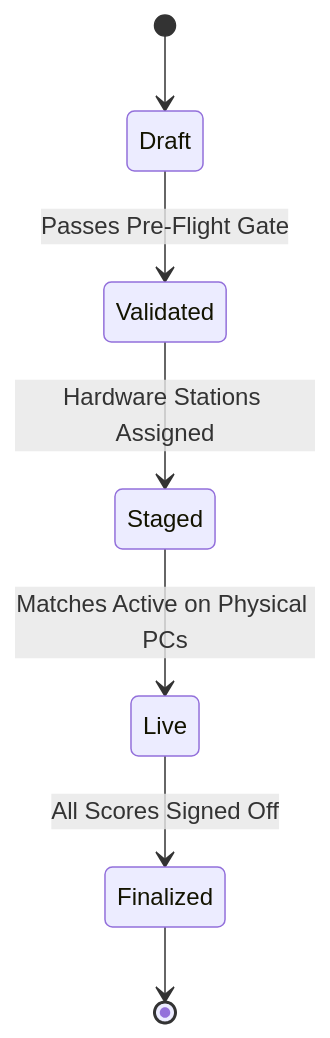
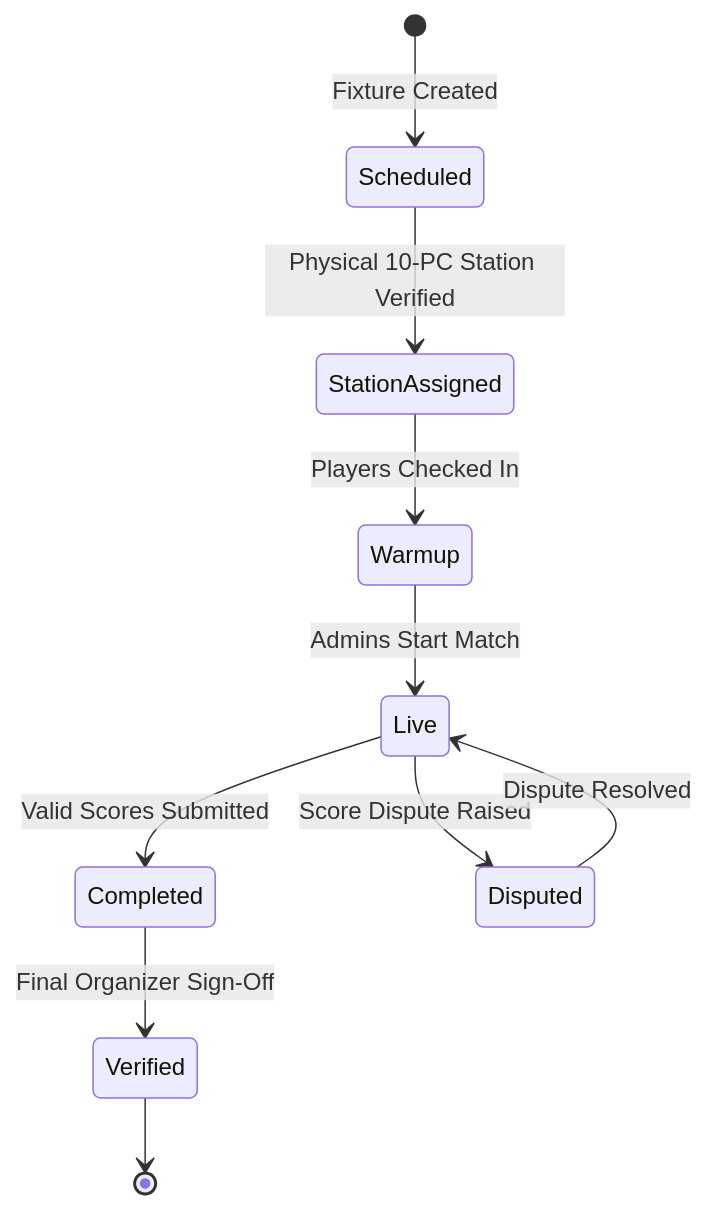
The diagram in docs/engineering-principles/03-invariant-driven-state-machines/physical-resource-modeling.md (MasterZ1311/Dev-AURA), drawn with Mermaid before and after one commit. The commit also changed other lines of this file and 21 other files, not shown here.

````diff
--- a/docs/engineering-principles/03-invariant-driven-state-machines/physical-resource-modeling.md
+++ b/docs/engineering-principles/03-invariant-driven-state-machines/physical-resource-modeling.md
@@ -9,9 +51,12 @@
 ```mermaid
 stateDiagram-v2
-    [*] --> Draft
-    Draft --> Validated: Passes Pre-Flight Gate
-    Validated --> Staged: Hardware Stations Assigned
-    Staged --> Live: Matches Active on Physical PCs
-    Live --> Finalized: All Scores Signed Off
-    Finalized --> [*]
+    [*] --> Scheduled: Fixture Created
+    Scheduled --> StationAssigned: Physical 10-PC Station Verified
+    StationAssigned --> Warmup: Players Checked In
+    Warmup --> Live: Admins Start Match
+    Live --> Completed: Valid Scores Submitted
+    Live --> Disputed: Score Dispute Raised
+    Disputed --> Live: Dispute Resolved
+    Completed --> Verified: Final Organizer Sign-Off
+    Verified --> [*]
 ```
````
